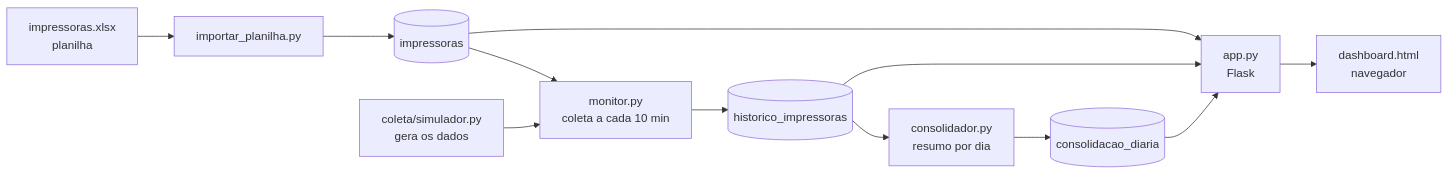
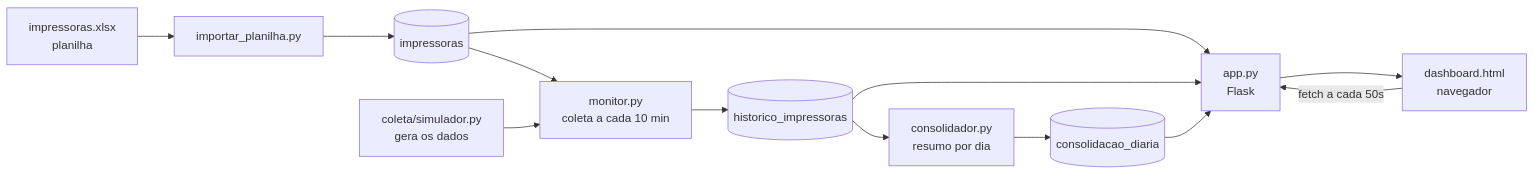
Before and after one commit to junior48548332-dotcom/Projeto-Impressoras: the diagram in README.md, drawn with Mermaid. The commit also changed other lines of this file and 2 other files, not shown here.

````diff
--- a/README.md
+++ b/README.md
@@ -26,14 +26,15 @@
 ```mermaid
 flowchart LR
     X[impressoras.xlsx<br/>planilha] --> I[importar_planilha.py]
     I --> T[(impressoras)]
     T --> M[monitor.py<br/>coleta a cada 10 min]
     S[coleta/simulador.py<br/>gera os dados] --> M
     M --> H[(historico_impressoras)]
     H --> C[consolidador.py<br/>resumo por dia]
     C --> D[(consolidacao_diaria)]
     T --> A[app.py<br/>Flask]
     H --> A
     D --> A
     A --> W[dashboard.html<br/>navegador]
+    W -->|fetch a cada 50s| A
 ```
````
